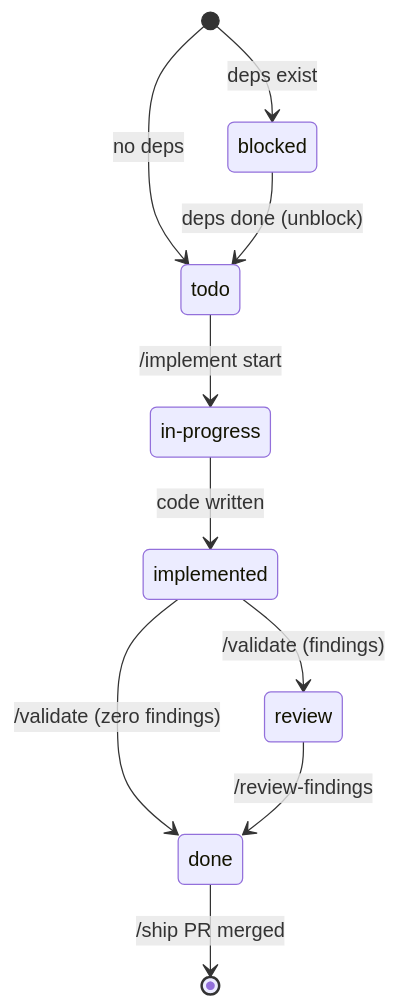
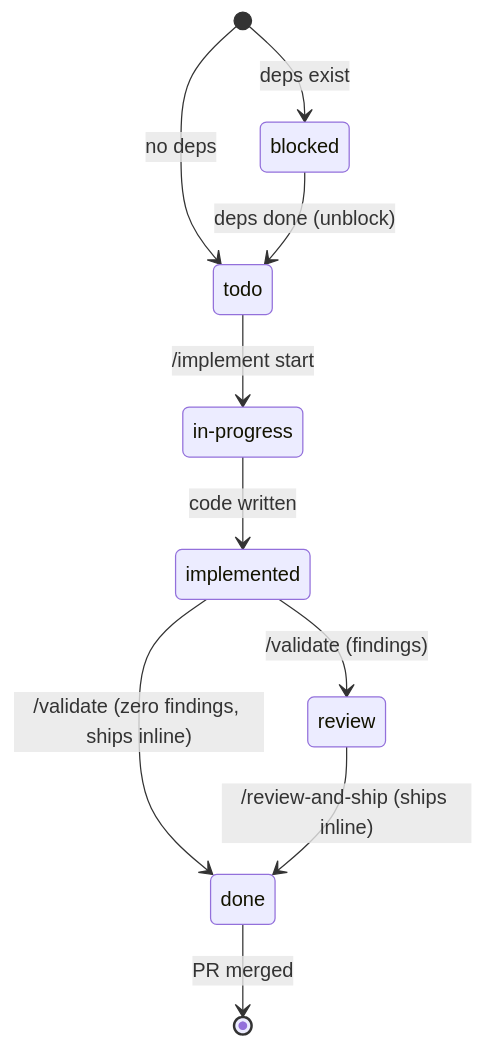
The third of 14 diagrams in docs/workflow-diagram.md (AlarQ/SDD-hub), drawn with Mermaid before and after one commit. The commit also changed other lines of this file and 29 other files, not shown here.

First line of the commit message:
refactor: fold /ship into /validate + /review-and-ship inline procedure

````diff
--- a/docs/workflow-diagram.md
+++ b/docs/workflow-diagram.md
@@ -135,13 +135,13 @@
 ```mermaid
 stateDiagram-v2
     state "in-progress" as in_progress
     [*] --> blocked: deps exist
     [*] --> todo: no deps
     blocked --> todo: deps done (unblock)
     todo --> in_progress: /implement start
     in_progress --> implemented: code written
     implemented --> review: /validate (findings)
-    implemented --> done: /validate (zero findings)
-    review --> done: /review-findings
-    done --> [*]: /ship PR merged
+    implemented --> done: /validate (zero findings, ships inline)
+    review --> done: /review-and-ship (ships inline)
+    done --> [*]: PR merged
 ```
````
